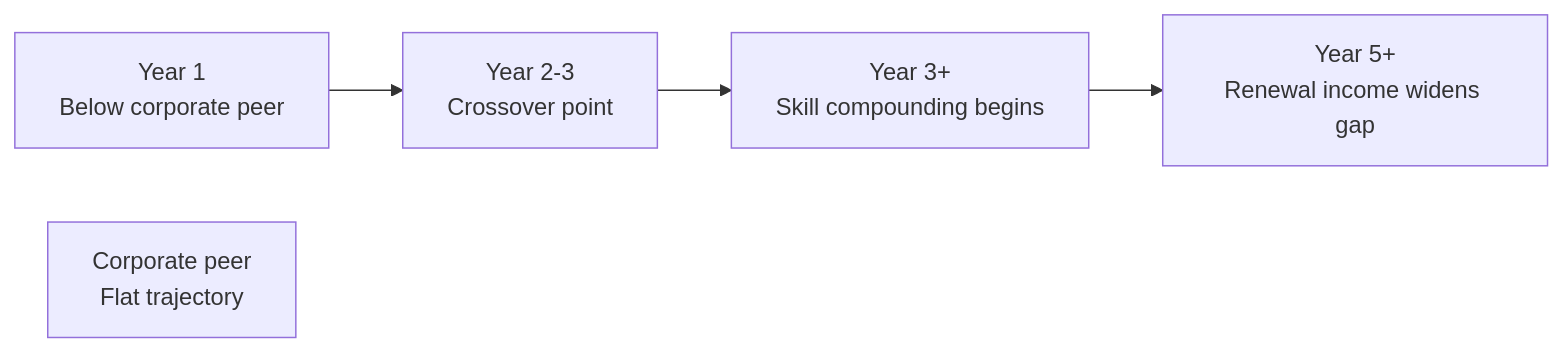
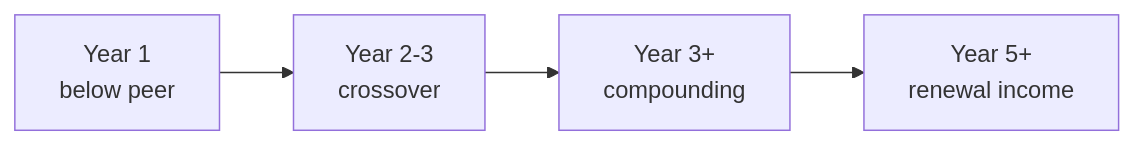
Before and after one commit to leotansingapore/aia-product-compass-hub: the diagram in docs/first-60-days/week-2/day-08.md, drawn with Mermaid. The commit also changed 2 other files, not shown here.

Commit message:
Week 2 charts now use shorter labels and clearer flow on income trajectory, retirement gaps, and the income-mix shift

````diff
--- a/docs/first-60-days/week-2/day-08.md
+++ b/docs/first-60-days/week-2/day-08.md
@@ -86,11 +86,4 @@
 ```mermaid
 flowchart LR
-    Y1["Year 1<br/>Below corporate peer"]
-    Y2["Year 2-3<br/>Crossover point"]
-    Y3["Year 3+<br/>Skill compounding begins"]
-    Y5["Year 5+<br/>Renewal income widens gap"]
-
-    Y1 --> Y2 --> Y3 --> Y5
-
-    C["Corporate peer<br/>Flat trajectory"]
+    Y1["Year 1<br/>below peer"] --> Y2["Year 2-3<br/>crossover"] --> Y3["Year 3+<br/>compounding"] --> Y5["Year 5+<br/>renewal income"]
 ```
````
